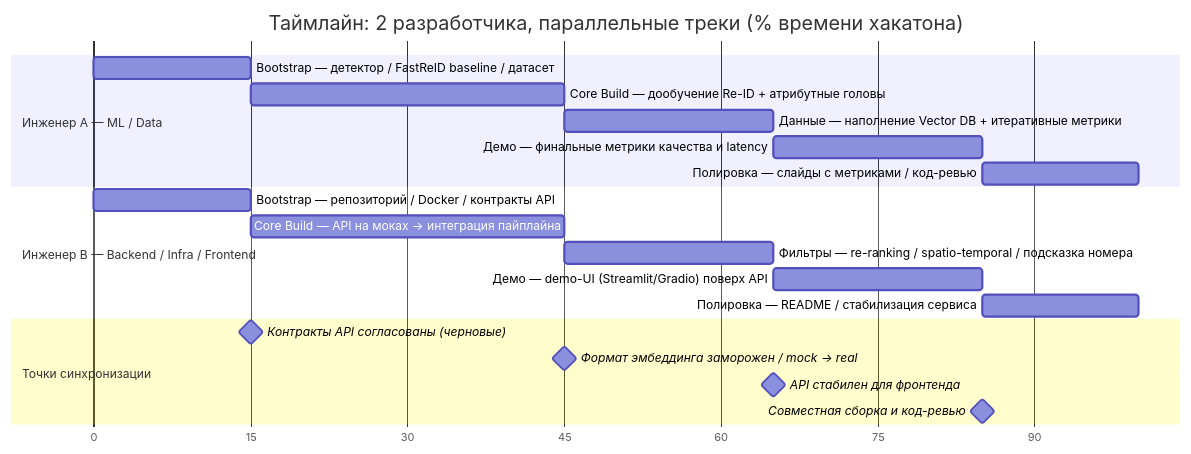
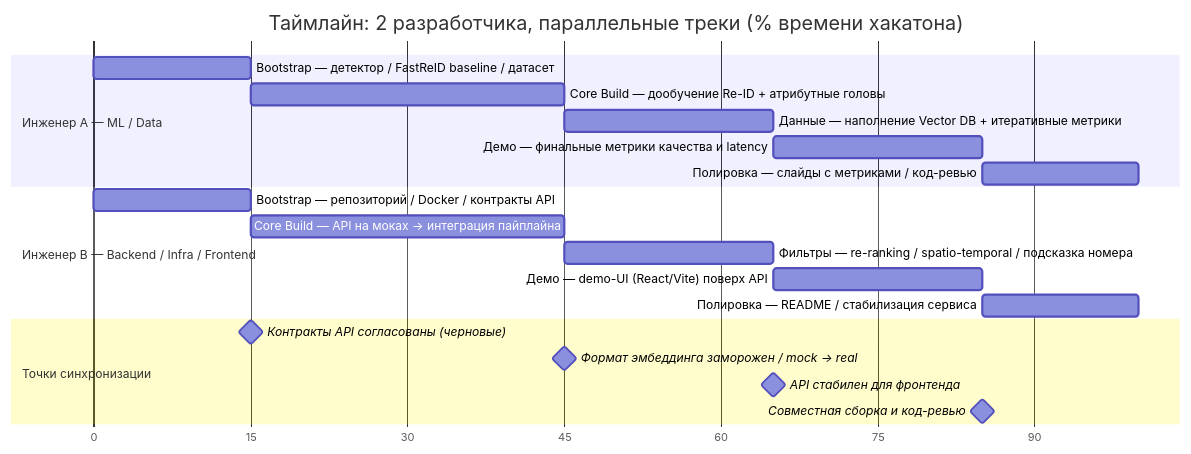
One commit to ladmol/LCT changed the diagram in docs/dev-plan.md. Above: the diagram before and after it, drawn with Mermaid. The commit also changed other lines of this file and 4 other files, not shown here.

````diff
--- a/docs/dev-plan.md
+++ b/docs/dev-plan.md
@@ -22,27 +22,27 @@
 ```mermaid
 gantt
     title Таймлайн: 2 разработчика, параллельные треки (% времени хакатона)
     dateFormat X
     axisFormat %s
     todayMarker off
 
     section Инженер A — ML / Data
     Bootstrap — детектор / FastReID baseline / датасет        :a1, 0, 15s
     Core Build — дообучение Re-ID + атрибутные головы        :a2, after a1, 30s
     Данные — наполнение Vector DB + итеративные метрики      :a3, after a2, 20s
     Демо — финальные метрики качества и latency              :a4, after a3, 20s
     Полировка — слайды с метриками / код-ревью                :a5, after a4, 15s
 
     section Инженер B — Backend / Infra / Frontend
     Bootstrap — репозиторий / Docker / контракты API           :b1, 0, 15s
     Core Build — API на моках -> интеграция пайплайна        :b2, after b1, 30s
     Фильтры — re-ranking / spatio-temporal / подсказка номера  :b3, after b2, 20s
-    Демо — demo-UI (Streamlit/Gradio) поверх API              :b4, after b3, 20s
+    Демо — demo-UI (React/Vite) поверх API                    :b4, after b3, 20s
     Полировка — README / стабилизация сервиса                 :b5, after b4, 15s
 
     section Точки синхронизации
     Контракты API согласованы (черновые)           :milestone, m1, after a1, 0s
     Формат эмбеддинга заморожен / mock -> real       :milestone, m2, after a2, 0s
     API стабилен для фронтенда                      :milestone, m3, after a3, 0s
     Совместная сборка и код-ревью                   :milestone, m4, after a4, 0s
 ```
````
